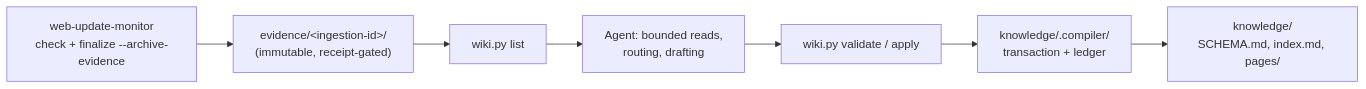
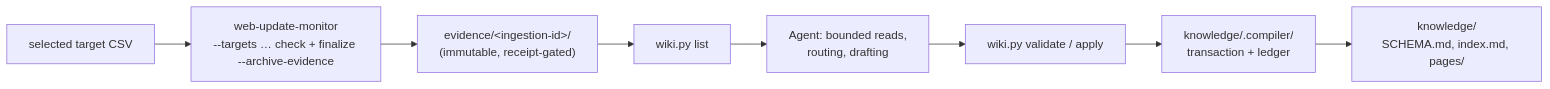
One commit to dceoy/wsum changed the diagram in skills/web-update-monitor-llm-wiki/SKILL.md. Above: the diagram before and after it, drawn with Mermaid. The commit also changed other lines of this file and 7 other files, not shown here.

Commit message:
Make target CSV input explicit (#55)

````diff
--- a/skills/web-update-monitor-llm-wiki/SKILL.md
+++ b/skills/web-update-monitor-llm-wiki/SKILL.md
@@ -16,9 +16,10 @@
 ```mermaid
 flowchart LR
-    CORE["web-update-monitor<br/>check + finalize --archive-evidence"] --> EV["evidence/&lt;ingestion-id&gt;/<br/>(immutable, receipt-gated)"]
+    CSV["selected target CSV"] --> CORE["web-update-monitor<br/>--targets … check + finalize --archive-evidence"]
+    CORE --> EV["evidence/&lt;ingestion-id&gt;/<br/>(immutable, receipt-gated)"]
     EV --> LIST["wiki.py list"]
     LIST --> AGENT["Agent: bounded reads,<br/>routing, drafting"]
     AGENT --> VAL["wiki.py validate / apply"]
     VAL --> WAL["knowledge/.compiler/<br/>transaction + ledger"]
     WAL --> KB["knowledge/<br/>SCHEMA.md, index.md, pages/"]
 ```
````
